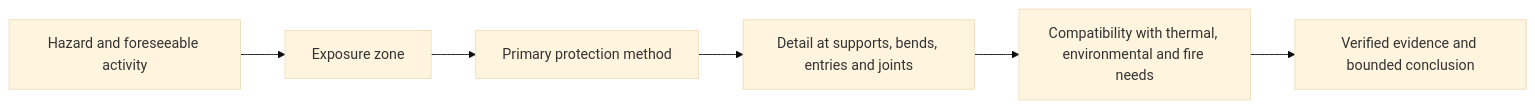
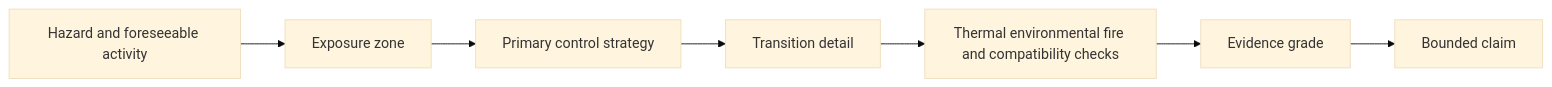
The second of 2 diagrams in docs/learning-plans/4-week/modules/day-15-wiring-systems-and-mechanical-protection.md (andrew3stedall/capstone), drawn with Mermaid (base theme) before and after one commit. The commit also changed other lines of this file, not shown here.

````diff
--- a/docs/learning-plans/4-week/modules/day-15-wiring-systems-and-mechanical-protection.md
+++ b/docs/learning-plans/4-week/modules/day-15-wiring-systems-and-mechanical-protection.md
@@ -135,8 +145,9 @@
 ```mermaid
 flowchart LR
     H["Hazard and foreseeable activity"] --> Z["Exposure zone"]
-    Z --> P["Primary protection method"]
-    P --> D["Detail at supports, bends, entries and joints"]
-    D --> C["Compatibility with thermal, environmental and fire needs"]
-    C --> V["Verified evidence and bounded conclusion"]
+    Z --> P["Primary control strategy"]
+    P --> T["Transition detail"]
+    T --> C["Thermal environmental fire and compatibility checks"]
+    C --> E["Evidence grade"]
+    E --> R["Bounded claim"]
 ```
````
